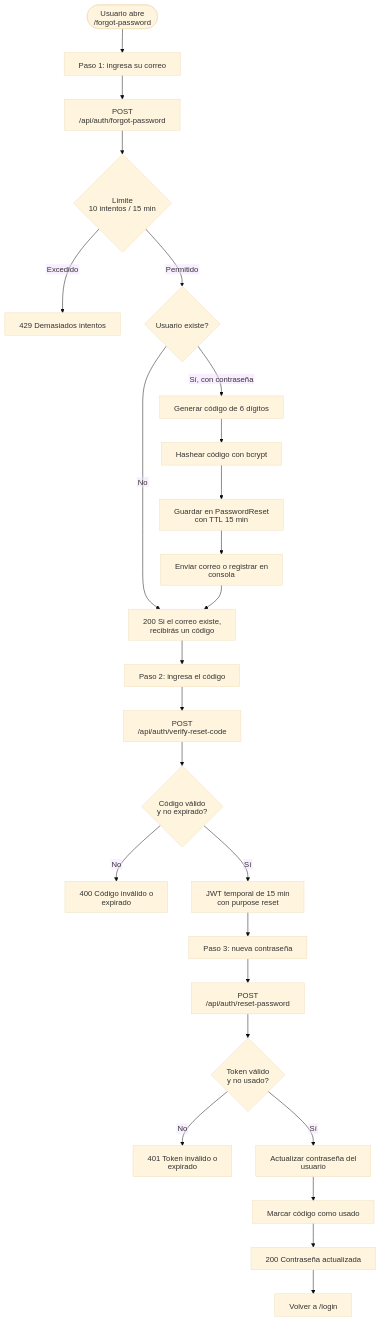
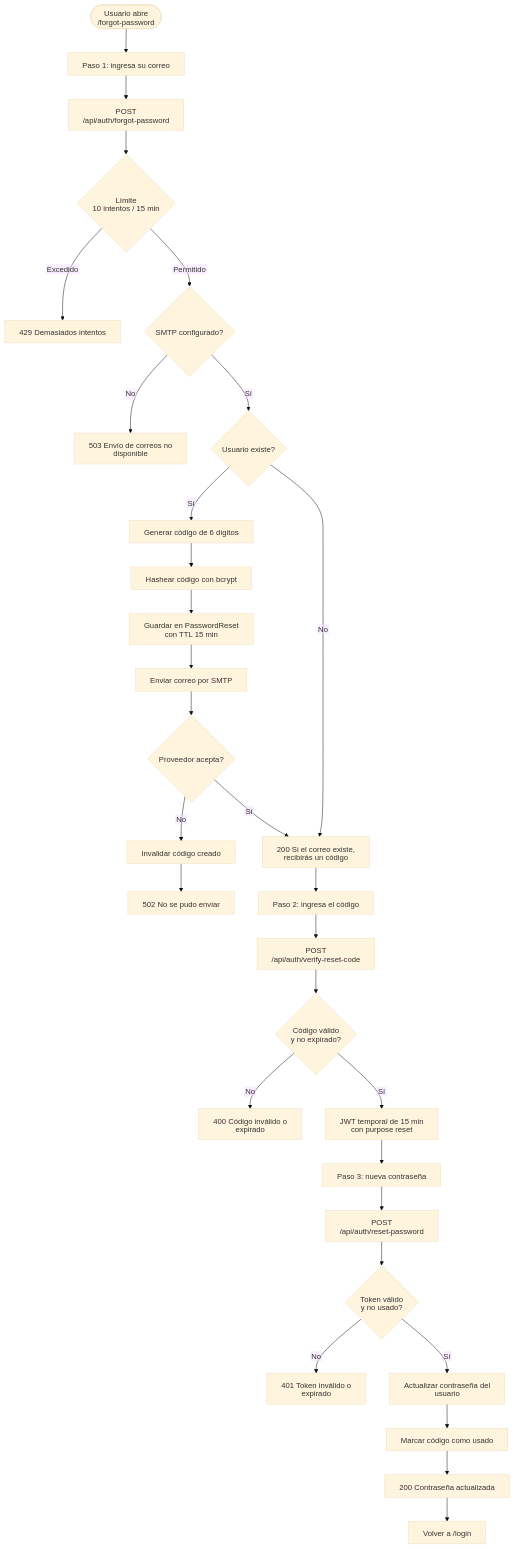
One commit to CarlosOrozco-1/Recetario_mongodb changed the diagram in docs/diagramas/flujo/recuperacion-contrasena.md. Above: the diagram before and after it, drawn with Mermaid (base theme). The commit also changed other lines of this file and 18 other files, not shown here.

````diff
--- a/docs/diagramas/flujo/recuperacion-contrasena.md
+++ b/docs/diagramas/flujo/recuperacion-contrasena.md
@@ -11,28 +11,33 @@
 ```mermaid
 %%{init: {"htmlLabels": false}}%%
 graph TD
     Inicio([Usuario abre /forgot-password]) --> Paso1[Paso 1: ingresa su correo]
     Paso1 --> Solicitar[POST /api/auth/forgot-password]
     Solicitar --> Limite{Límite<br/>10 intentos / 15 min}
     Limite -->|Excedido| E429[429 Demasiados intentos]
-    Limite -->|Permitido| Existe{Usuario existe?}
+    Limite -->|Permitido| Config{SMTP configurado?}
+    Config -->|No| E503[503 Envío de correos no disponible]
+    Config -->|Sí| Existe{Usuario existe?}
     Existe -->|No| Generico[200 Si el correo existe, recibirás un código]
-    Existe -->|Sí, con contraseña| Generar[Generar código de 6 dígitos]
+    Existe -->|Sí| Generar[Generar código de 6 dígitos]
     Generar --> Hash[Hashear código con bcrypt]
     Hash --> Guardar[Guardar en PasswordReset con TTL 15 min]
-    Guardar --> Enviar[Enviar correo o registrar en consola]
-    Enviar --> Generico
+    Guardar --> Enviar[Enviar correo por SMTP]
+    Enviar --> EnvioOk{Proveedor acepta?}
+    EnvioOk -->|No| Descartar[Invalidar código creado]
+    Descartar --> E502[502 No se pudo enviar]
+    EnvioOk -->|Sí| Generico
     Generico --> Paso2[Paso 2: ingresa el código]
     Paso2 --> Verificar[POST /api/auth/verify-reset-code]
     Verificar --> Valido{Código válido<br/>y no expirado?}
     Valido -->|No| E400[400 Código inválido o expirado]
     Valido -->|Sí| Token[JWT temporal de 15 min con purpose reset]
     Token --> Paso3[Paso 3: nueva contraseña]
     Paso3 --> Reset[POST /api/auth/reset-password]
     Reset --> TokenValido{Token válido<br/>y no usado?}
     TokenValido -->|No| E401[401 Token inválido o expirado]
     TokenValido -->|Sí| Actualizar[Actualizar contraseña del usuario]
     Actualizar --> Marcar[Marcar código como usado]
     Marcar --> Exito[200 Contraseña actualizada]
     Exito --> Login[Volver a /login]
 ```
````
